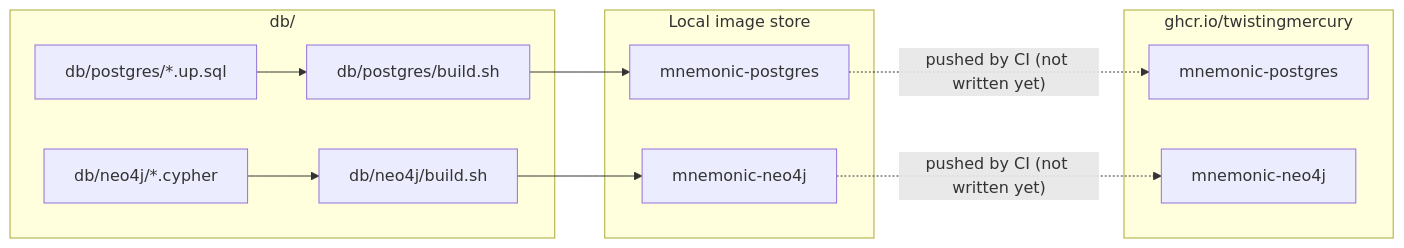
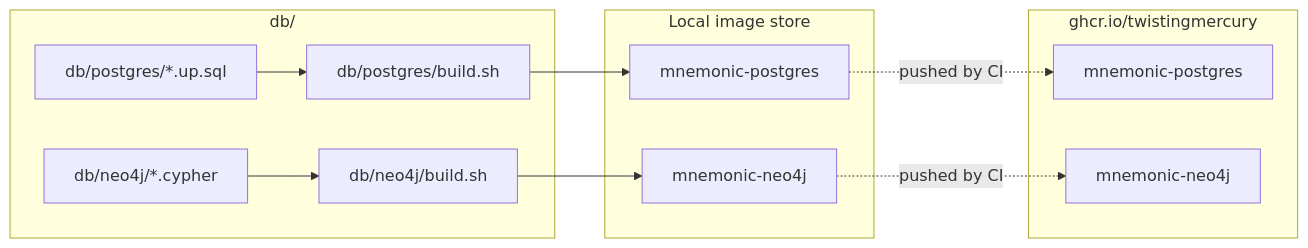
Before and after one commit to twistingmercury/mnemonic: the diagram in docs/design/architecture/dbs/05-deployment-architecture.md, drawn with Mermaid. The commit also changed other lines of this file and 15 other files, not shown here.

Commit message:
Remove the CI-not-written statements the workflow made false

````diff
--- a/docs/design/architecture/dbs/05-deployment-architecture.md
+++ b/docs/design/architecture/dbs/05-deployment-architecture.md
@@ -23,24 +23,24 @@
 ```mermaid
 graph LR
     subgraph Repo["db/"]
         SQL["db/postgres/*.up.sql"]
         CYP["db/neo4j/*.cypher"]
         PG_SH["db/postgres/build.sh"]
         NEO_SH["db/neo4j/build.sh"]
     end
 
     subgraph Local["Local image store"]
         PG["mnemonic-postgres"]
         NEO["mnemonic-neo4j"]
     end
 
     subgraph GHCR["ghcr.io/twistingmercury"]
         PG_REG["mnemonic-postgres"]
         NEO_REG["mnemonic-neo4j"]
     end
 
     SQL --> PG_SH --> PG
     CYP --> NEO_SH --> NEO
-    PG -. "pushed by CI (not written yet)" .-> PG_REG
-    NEO -. "pushed by CI (not written yet)" .-> NEO_REG
+    PG -. "pushed by CI" .-> PG_REG
+    NEO -. "pushed by CI" .-> NEO_REG
 ```
````
